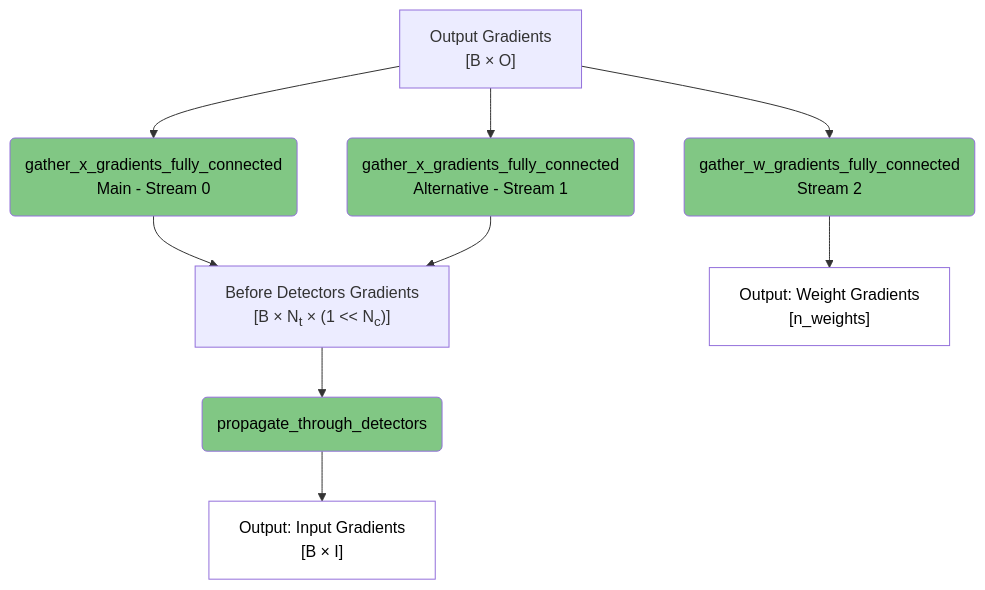
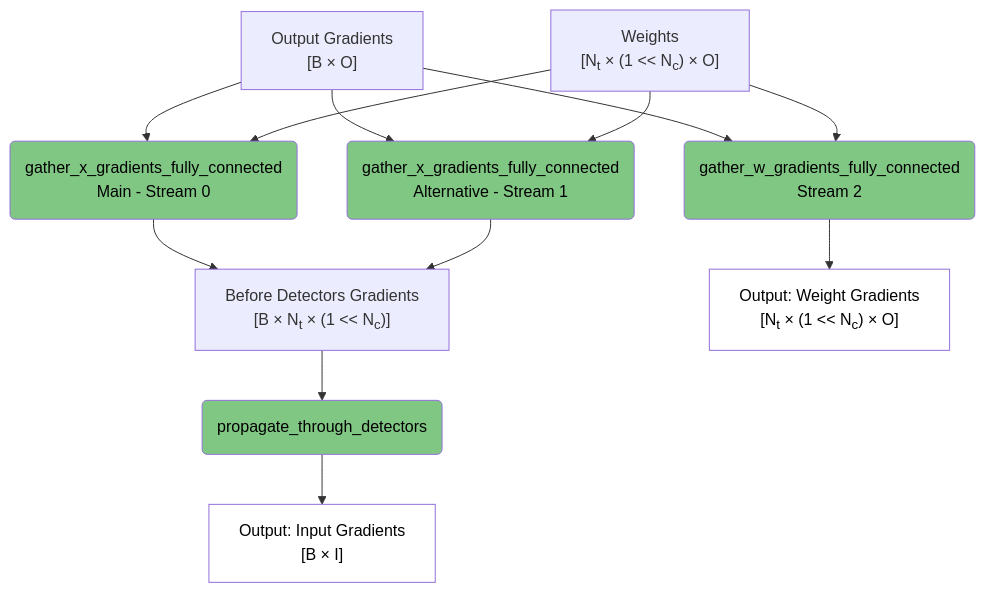
One commit to anatoli-starostin/spiky changed the third of 6 diagrams in spiky_cuda/lut/doc/LUT_RUNTIME_DATA_FLOW.md. Above: the diagram before and after it, drawn with Mermaid. The commit also changed other lines of this file, not shown here.

````diff
--- a/spiky_cuda/lut/doc/LUT_RUNTIME_DATA_FLOW.md
+++ b/spiky_cuda/lut/doc/LUT_RUNTIME_DATA_FLOW.md
@@ -56,20 +58,24 @@
 ```mermaid
 flowchart TD
     A["Output Gradients<br/>[B × O]"] --> B("gather_x_gradients_fully_connected<br/>Main - Stream 0")
     A --> C("gather_x_gradients_fully_connected<br/>Alternative - Stream 1")
     A --> D("gather_w_gradients_fully_connected<br/>Stream 2")
     
+    W3["Weights<br/>[N<sub>t</sub> × (1 << N<sub>c</sub>) × O]"] --> B
+    W3 --> C
+    W3 --> D
+    
     B --> E["Before Detectors Gradients<br/>[B × N<sub>t</sub> × (1 << N<sub>c</sub>)]"]
     C --> E
-    D --> F["Output: Weight Gradients<br/>[n_weights]"]
+    D --> F["Output: Weight Gradients<br/>[N<sub>t</sub>&nbsp;×&nbsp;(1&nbsp;<<&nbsp;N<sub>c</sub>)&nbsp;×&nbsp;O]"]
     
     E --> G(propagate_through_detectors)
     G --> H["Output: Input Gradients<br/>[B × I]"]
     
     style B fill:#81c784,color:#000000
     style C fill:#81c784,color:#000000
     style D fill:#81c784,color:#000000
     style G fill:#81c784,color:#000000
     style F fill:#ffffff,color:#000000
     style H fill:#ffffff,color:#000000
 ```
````
